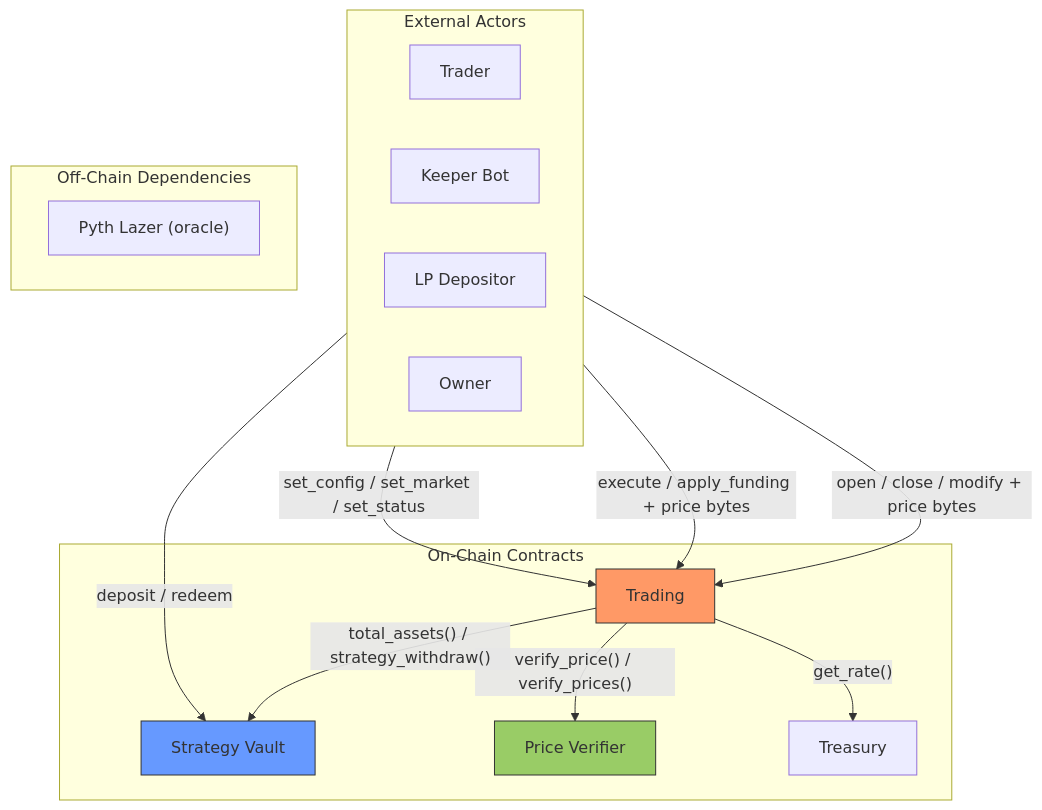
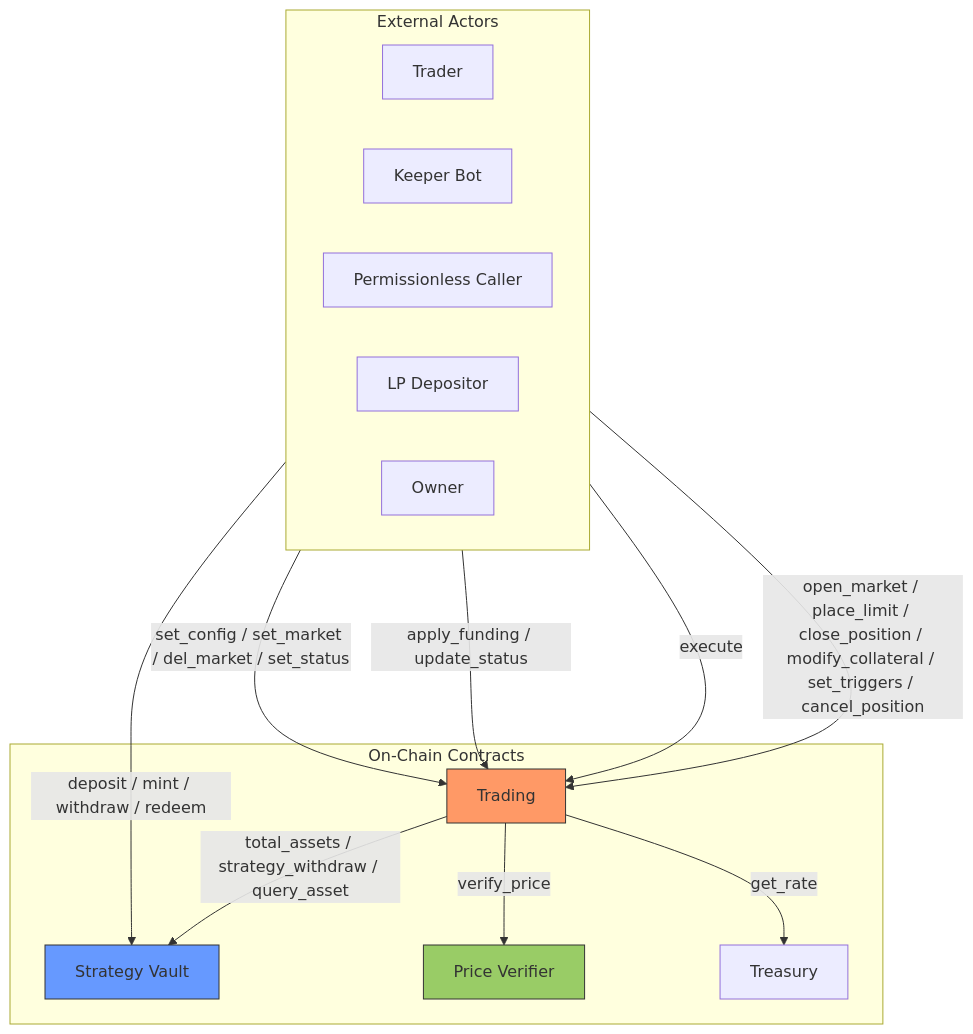
Before and after one commit to zenith-protocols/zenex-docs: the diagram in technical/index.md, drawn with Mermaid. The commit also changed other lines of this file and 27 other files, not shown here.

````diff
--- a/technical/index.md
+++ b/technical/index.md
@@ -25,34 +26,32 @@
 ```mermaid
 flowchart TB
     subgraph Actors["External Actors"]
         direction LR
         Trader["Trader"]
         Keeper["Keeper Bot"]
+        Anyone["Permissionless Caller"]
         LP["LP Depositor"]
         Admin["Owner"]
     end
 
     subgraph Contracts["On-Chain Contracts"]
         Trading["Trading"]
         Vault["Strategy Vault"]
         PV["Price Verifier"]
         Treasury["Treasury"]
     end
 
-    subgraph External["Off-Chain Dependencies"]
-        Pyth["Pyth Lazer (oracle)"]
-    end
+    Trader -->|"open_market / place_limit / close_position / modify_collateral / set_triggers / cancel_position"| Trading
+    Keeper -->|"execute"| Trading
+    Anyone -->|"apply_funding / update_status"| Trading
+    LP -->|"deposit / mint / withdraw / redeem"| Vault
+    Admin -->|"set_config / set_market / del_market / set_status"| Trading
 
-    Trader -->|"open / close / modify + price bytes"| Trading
-    Keeper -->|"execute / apply_funding + price bytes"| Trading
-    LP -->|"deposit / redeem"| Vault
-    Admin -->|"set_config / set_market / set_status"| Trading
-
-    Trading -->|"verify_price() / verify_prices()"| PV
-    Trading -->|"total_assets() / strategy_withdraw()"| Vault
-    Trading -->|"get_rate()"| Treasury
+    Trading -->|"verify_price"| PV
+    Trading -->|"total_assets / strategy_withdraw / query_asset"| Vault
+    Trading -->|"get_rate"| Treasury
 
     style Trading fill:#f96,stroke:#333
     style Vault fill:#69f,stroke:#333
     style PV fill:#9c6,stroke:#333
 ```
````
